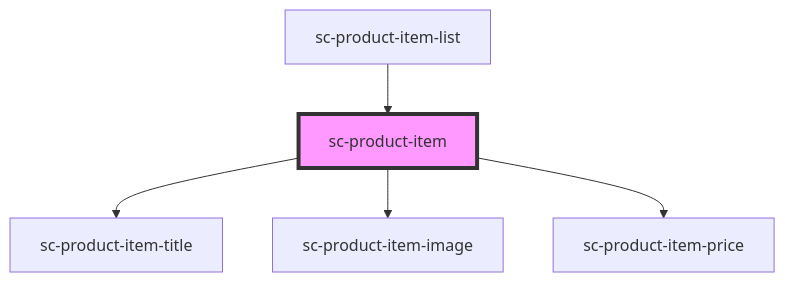
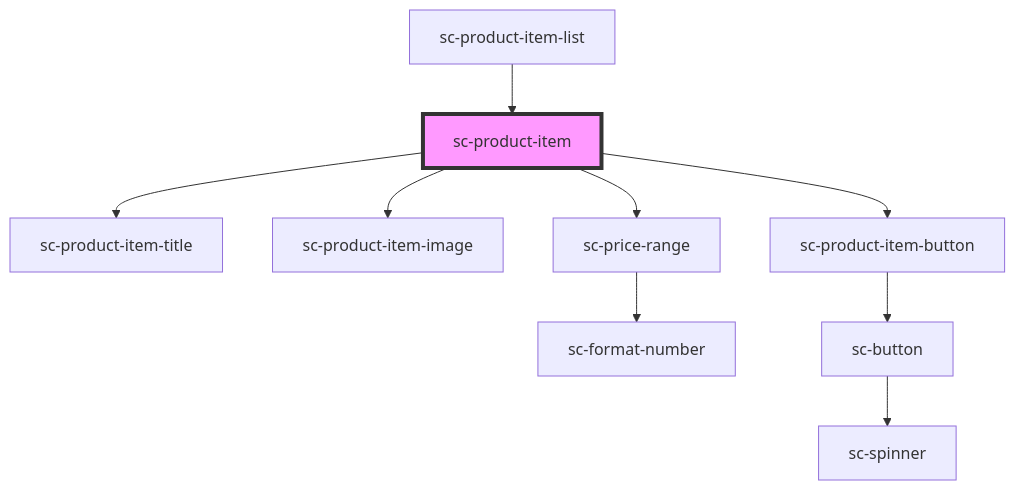
The diagram in packages/components/src/components/controllers/products/sc-product-item/readme.md (surecart/surecart-wp-plugin), drawn with Mermaid before and after one commit. The commit also changed other lines of this file and 26 other files, not shown here.

Commit message:
added price range and loader

````diff
--- a/packages/components/src/components/controllers/products/sc-product-item/readme.md
+++ b/packages/components/src/components/controllers/products/sc-product-item/readme.md
@@ -29,8 +30,12 @@
 ```mermaid
 graph TD;
   sc-product-item --> sc-product-item-title
   sc-product-item --> sc-product-item-image
-  sc-product-item --> sc-product-item-price
+  sc-product-item --> sc-price-range
+  sc-product-item --> sc-product-item-button
+  sc-price-range --> sc-format-number
+  sc-product-item-button --> sc-button
+  sc-button --> sc-spinner
   sc-product-item-list --> sc-product-item
   style sc-product-item fill:#f9f,stroke:#333,stroke-width:4px
 ```
````
